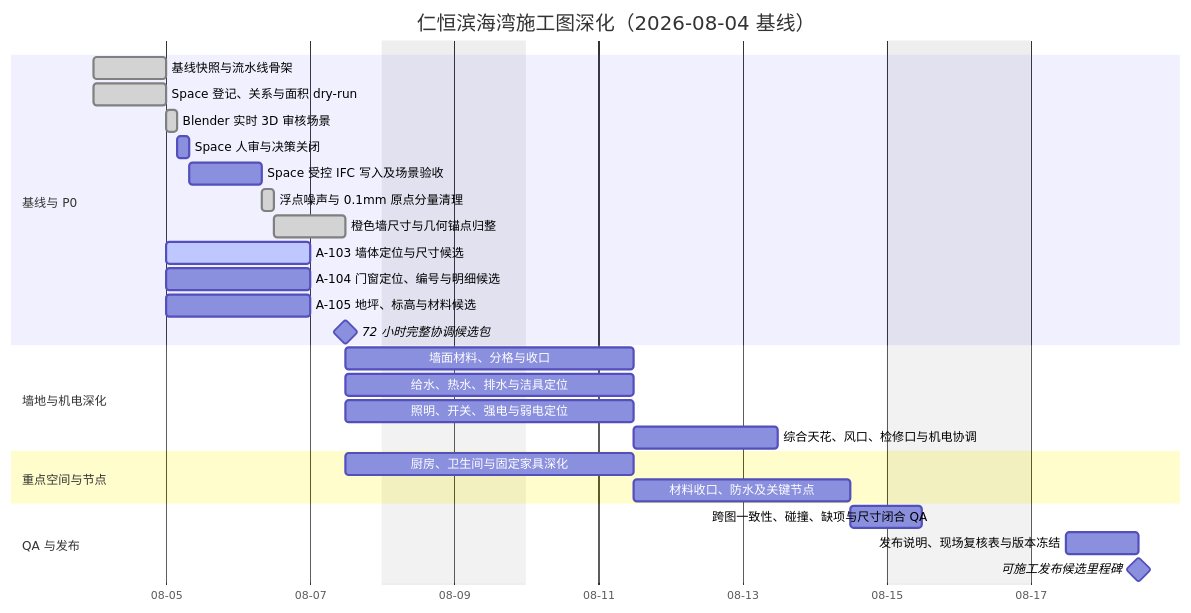
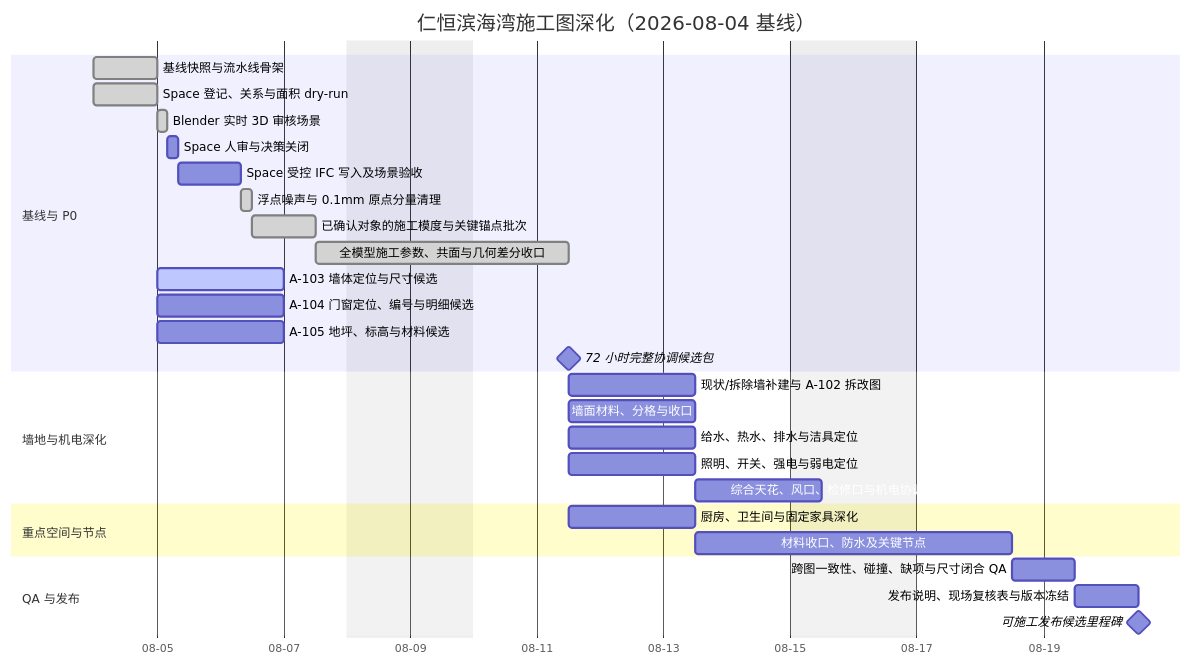
The diagram in drawings/滨海湾装修施工图深化工作管理.md (Weihan96/2504-GBTB-Yanlord-Zhuhai), drawn with Mermaid before and after one commit. The commit also changed other lines of this file and 101 other files, not shown here.

````diff
--- a/drawings/滨海湾装修施工图深化工作管理.md
+++ b/drawings/滨海湾装修施工图深化工作管理.md
@@ -64,35 +64,37 @@
 ```mermaid
 gantt
     title 仁恒滨海湾施工图深化（2026-08-04 基线）
     dateFormat  YYYY-MM-DD
     axisFormat  %m-%d
     excludes    weekends
 
     section 基线与 P0
     基线快照与流水线骨架                 :done, M000, 2026-08-04, 1d
     Space 登记、关系与面积 dry-run       :done, S001, 2026-08-04, 1d
     Blender 实时 3D 审核场景              :done, S002A, after S001, 4h
     Space 人审与决策关闭                 :S002, after S002A, 4h
     Space 受控 IFC 写入及场景验收         :S003, after S002, 1d
     浮点噪声与 0.1mm 原点分量清理          :done, C001, after S003, 4h
-    橙色墙尺寸与几何锚点归整               :done, C002, after C001, 1d
+    已确认对象的施工模度与关键锚点批次       :done, C002, after C001, 1d
+    全模型施工参数、共面与几何差分收口       :done, C003, after C002, 2d
     A-103 墙体定位与尺寸候选              :active, A103, after S001, 2d
     A-104 门窗定位、编号与明细候选         :A104, after S001, 2d
     A-105 地坪、标高与材料候选             :A105, after S001, 2d
-    72 小时完整协调候选包                 :milestone, M072, after C002 A103 A104 A105, 0d
+    72 小时完整协调候选包                 :milestone, M072, after C003 A103 A104 A105, 0d
 
     section 墙地与机电深化
+    现状/拆除墙补建与 A-102 拆改图         :A102, after M072, 2d
     墙面材料、分格与收口                  :WFIN, after M072, 2d
     给水、热水、排水与洁具定位             :PLUM, after M072, 2d
     照明、开关、强电与弱电定位             :ELEC, after M072, 2d
     综合天花、风口、检修口与机电协调        :RCP1, after ELEC, 2d
 
     section 重点空间与节点
     厨房、卫生间与固定家具深化             :INT1, after M072, 2d
     材料收口、防水及关键节点               :DET1, after INT1, 3d
 
     section QA 与发布
     跨图一致性、碰撞、缺项与尺寸闭合 QA     :QA01, after RCP1 DET1 WFIN PLUM, 1d
     发布说明、现场复核表与版本冻结           :REL1, after QA01, 1d
     可施工发布候选里程碑                   :milestone, MREL, after REL1, 0d
 ```
````
